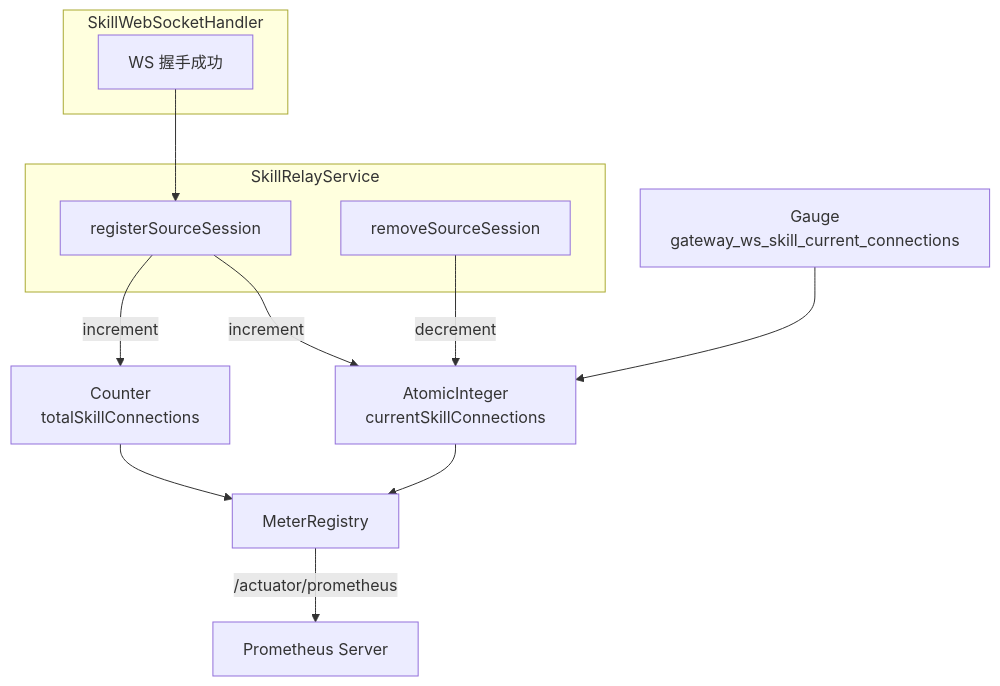
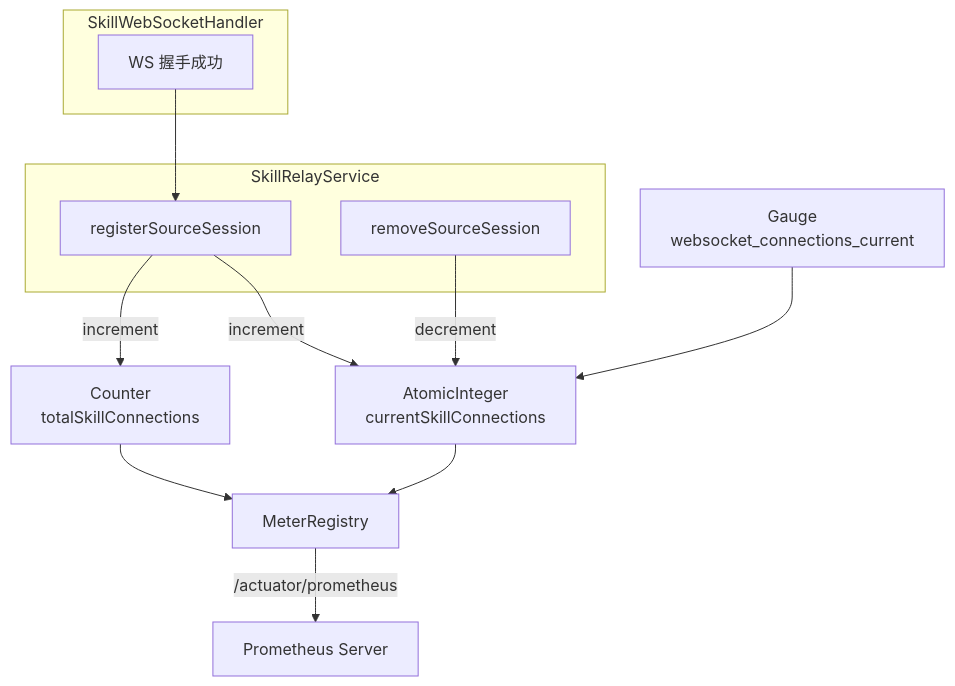
Before and after one commit to fanqie03/opencode-CUI: the fifth of 5 diagrams in docs/superpowers/specs/2026-06-18-ops-metrics-design.md, drawn with Mermaid. The commit also changed other lines of this file, not shown here.

````diff
--- a/docs/superpowers/specs/2026-06-18-ops-metrics-design.md
+++ b/docs/superpowers/specs/2026-06-18-ops-metrics-design.md
@@ -642,26 +643,26 @@
 ```mermaid
 graph TD
     subgraph SkillWebSocketHandler
         A[WS 握手成功]
     end
 
     subgraph SkillRelayService
         B[registerSourceSession]
         C[removeSourceSession]
     end
 
     D[AtomicInteger<br/>currentSkillConnections]
     E[Counter<br/>totalSkillConnections]
-    F[Gauge<br/>gateway_ws_skill_current_connections]
+    F[Gauge<br/>websocket_connections_current]
     G[MeterRegistry]
 
     A --> B
     B -->|increment| D
     B -->|increment| E
     C -->|decrement| D
 
     F --> D
     D --> G
     E --> G
     G -->|/actuator/prometheus| H[Prometheus Server]
 ```
````
